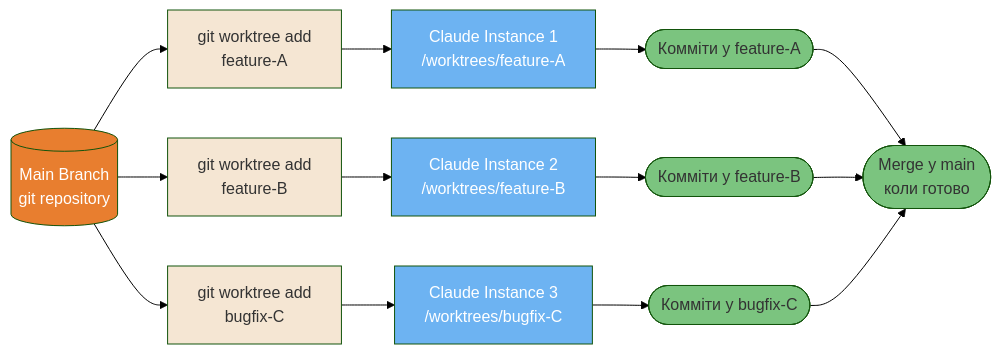
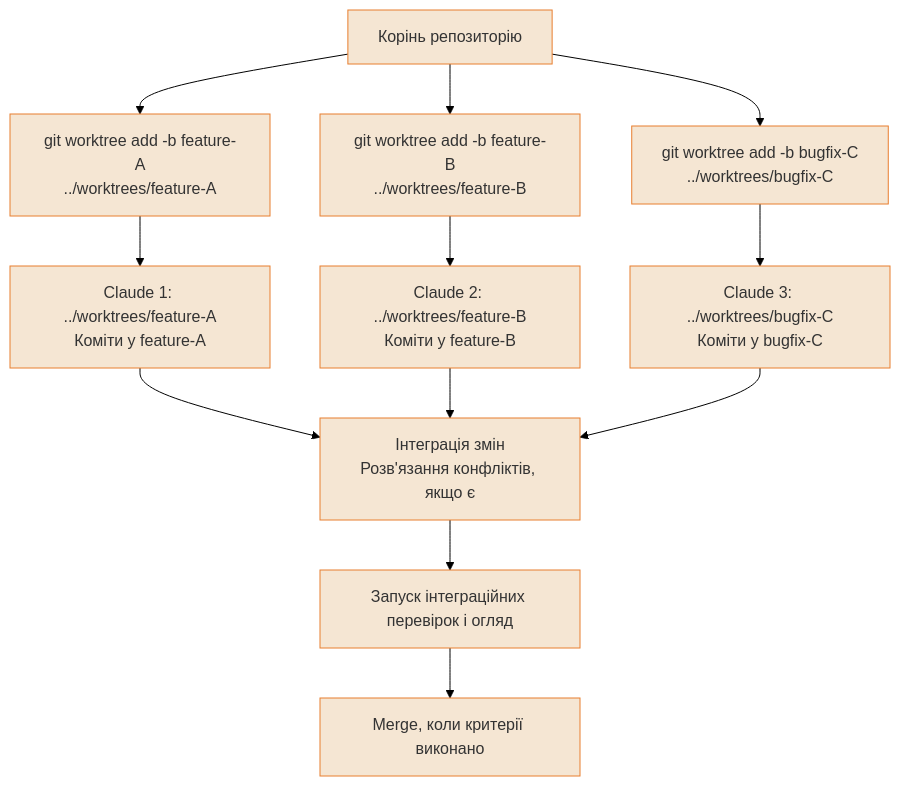
One commit to sermers-cyber/claude-code-ultimate-guide-ua changed the second of 6 diagrams in guide/diagrams/07-multi-agent-patterns.uk.md. Above: the diagram before and after it, drawn with Mermaid (forest theme). The commit also changed other lines of this file and 80 other files, not shown here.

````diff
--- a/guide/diagrams/07-multi-agent-patterns.uk.md
+++ b/guide/diagrams/07-multi-agent-patterns.uk.md
@@ -95,40 +75,25 @@
 ```mermaid
-flowchart LR
-    MB[(Main Branch<br/>git repository)] --> WA[git worktree add<br/>feature-A]
-    MB --> WB[git worktree add<br/>feature-B]
-    MB --> WC[git worktree add<br/>bugfix-C]
-
-    WA --> CA[Claude Instance 1<br/>/worktrees/feature-A]
-    WB --> CB[Claude Instance 2<br/>/worktrees/feature-B]
-    WC --> CC[Claude Instance 3<br/>/worktrees/bugfix-C]
-
-    CA --> CA1([Комміти у feature-A])
-    CB --> CB1([Комміти у feature-B])
-    CC --> CC1([Комміти у bugfix-C])
-
-    CA1 & CB1 & CC1 --> MERGE([Merge у main<br/>коли готово])
-
-    style MB fill:#E87E2F,color:#fff
-    style CA fill:#6DB3F2,color:#fff
-    style CB fill:#6DB3F2,color:#fff
-    style CC fill:#6DB3F2,color:#fff
-    style CA1 fill:#7BC47F,color:#333
-    style CB1 fill:#7BC47F,color:#333
-    style CC1 fill:#7BC47F,color:#333
-    style MERGE fill:#7BC47F,color:#333
-    style WA fill:#F5E6D3,color:#333
-    style WB fill:#F5E6D3,color:#333
-    style WC fill:#F5E6D3,color:#333
-
-    click MB href "https://github.com/gerasimsergey/claude-code-ultimate-guide-ua/blob/main/guide/ultimate-guide.md#912-git-best-practices--workflows" "Main Branch"
-    click WA href "https://github.com/gerasimsergey/claude-code-ultimate-guide-ua/blob/main/guide/ultimate-guide.md#912-git-best-practices--workflows" "Worktree: feature-A"
-    click WB href "https://github.com/gerasimsergey/claude-code-ultimate-guide-ua/blob/main/guide/ultimate-guide.md#912-git-best-practices--workflows" "Worktree: feature-B"
-    click WC href "https://github.com/gerasimsergey/claude-code-ultimate-guide-ua/blob/main/guide/ultimate-guide.md#912-git-best-practices--workflows" "Worktree: bugfix-C"
-    click CA href "https://github.com/gerasimsergey/claude-code-ultimate-guide-ua/blob/main/guide/ultimate-guide.md#912-git-best-practices--workflows" "Claude Instance 1"
-    click CB href "https://github.com/gerasimsergey/claude-code-ultimate-guide-ua/blob/main/guide/ultimate-guide.md#912-git-best-practices--workflows" "Claude Instance 2"
-    click CC href "https://github.com/gerasimsergey/claude-code-ultimate-guide-ua/blob/main/guide/ultimate-guide.md#912-git-best-practices--workflows" "Claude Instance 3"
-    click CA1 href "https://github.com/gerasimsergey/claude-code-ultimate-guide-ua/blob/main/guide/ultimate-guide.md#912-git-best-practices--workflows" "Commits to feature-A"
-    click CB1 href "https://github.com/gerasimsergey/claude-code-ultimate-guide-ua/blob/main/guide/ultimate-guide.md#912-git-best-practices--workflows" "Commits to feature-B"
-    click CC1 href "https://github.com/gerasimsergey/claude-code-ultimate-guide-ua/blob/main/guide/ultimate-guide.md#912-git-best-practices--workflows" "Commits to bugfix-C"
-    click MERGE href "https://github.com/gerasimsergey/claude-code-ultimate-guide-ua/blob/main/guide/ultimate-guide.md#912-git-best-practices--workflows" "Merge to main"
+flowchart TD
+    REPO["Корінь репозиторію"] --> WA["git worktree add -b feature-A<br/>../worktrees/feature-A"]
+    REPO --> WB["git worktree add -b feature-B<br/>../worktrees/feature-B"]
+    REPO --> WC["git worktree add -b bugfix-C<br/>../worktrees/bugfix-C"]
+    WA --> CA["Claude 1: ../worktrees/feature-A<br/>Коміти у feature-A"]
+    WB --> CB["Claude 2: ../worktrees/feature-B<br/>Коміти у feature-B"]
+    WC --> CC["Claude 3: ../worktrees/bugfix-C<br/>Коміти у bugfix-C"]
+    CA --> INTEGRATE["Інтеграція змін<br/>Розв'язання конфліктів, якщо є"]
+    CB --> INTEGRATE
+    CC --> INTEGRATE
+    INTEGRATE --> CHECK["Запуск інтеграційних перевірок і огляд"]
+    CHECK --> MERGE["Merge, коли критерії виконано"]
+    classDef default fill:#F5E6D3,color:#333,stroke:#E87E2F
+    click REPO href "https://github.com/FlorianBruniaux/claude-code-ultimate-guide/blob/main/guide/ultimate-guide.md#912-git-best-practices--workflows" "View this pattern in the guide"
+    click WA href "https://github.com/FlorianBruniaux/claude-code-ultimate-guide/blob/main/guide/ultimate-guide.md#912-git-best-practices--workflows" "View this pattern in the guide"
+    click WB href "https://github.com/FlorianBruniaux/claude-code-ultimate-guide/blob/main/guide/ultimate-guide.md#912-git-best-practices--workflows" "View this pattern in the guide"
+    click WC href "https://github.com/FlorianBruniaux/claude-code-ultimate-guide/blob/main/guide/ultimate-guide.md#912-git-best-practices--workflows" "View this pattern in the guide"
+    click CA href "https://github.com/FlorianBruniaux/claude-code-ultimate-guide/blob/main/guide/ultimate-guide.md#912-git-best-practices--workflows" "View this pattern in the guide"
+    click CB href "https://github.com/FlorianBruniaux/claude-code-ultimate-guide/blob/main/guide/ultimate-guide.md#912-git-best-practices--workflows" "View this pattern in the guide"
+    click CC href "https://github.com/FlorianBruniaux/claude-code-ultimate-guide/blob/main/guide/ultimate-guide.md#912-git-best-practices--workflows" "View this pattern in the guide"
+    click INTEGRATE href "https://github.com/FlorianBruniaux/claude-code-ultimate-guide/blob/main/guide/ultimate-guide.md#912-git-best-practices--workflows" "View this pattern in the guide"
+    click CHECK href "https://github.com/FlorianBruniaux/claude-code-ultimate-guide/blob/main/guide/ultimate-guide.md#912-git-best-practices--workflows" "View this pattern in the guide"
+    click MERGE href "https://github.com/FlorianBruniaux/claude-code-ultimate-guide/blob/main/guide/ultimate-guide.md#912-git-best-practices--workflows" "View this pattern in the guide"
 ```
````
